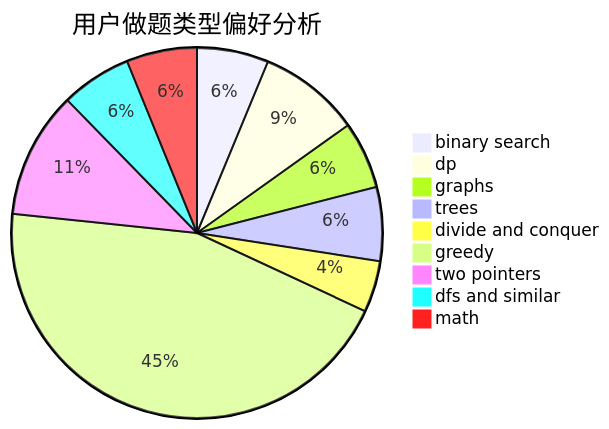
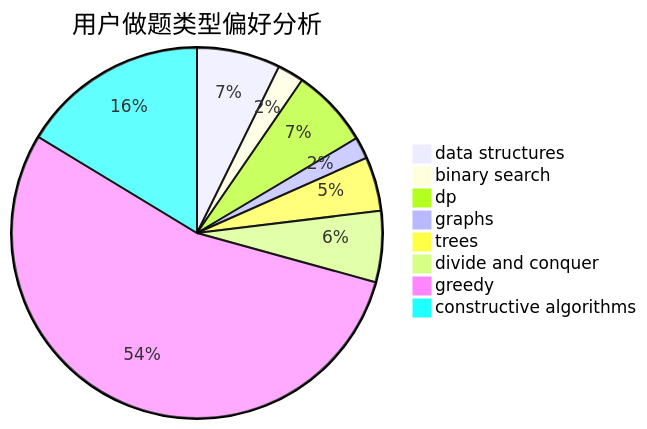
Before and after one commit to sherpahu/cfrs.github.io: the second of 3 diagrams in docs/user/u2754.md, drawn with Mermaid. The commit also changed other lines of this file and 2775 other files, not shown here.

````diff
--- a/docs/user/u2754.md
+++ b/docs/user/u2754.md
@@ -23,12 +23,11 @@
 ```mermaid
 pie title 用户做题类型偏好分析
-    "binary search" :  64
-    "dp" :  91
-    "graphs" :  60
-    "trees" :  66
+    "data structures" :  54
+    "binary search" :  17
+    "dp" :  51
+    "graphs" :  14
+    "trees" :  35
     "divide and conquer" :  46
-    "greedy" :  458
-    "two pointers" :  113
-    "dfs and similar" :  63
-    "math" :  63
+    "greedy" :  403
+    "constructive algorithms" :  121
 ```
````
